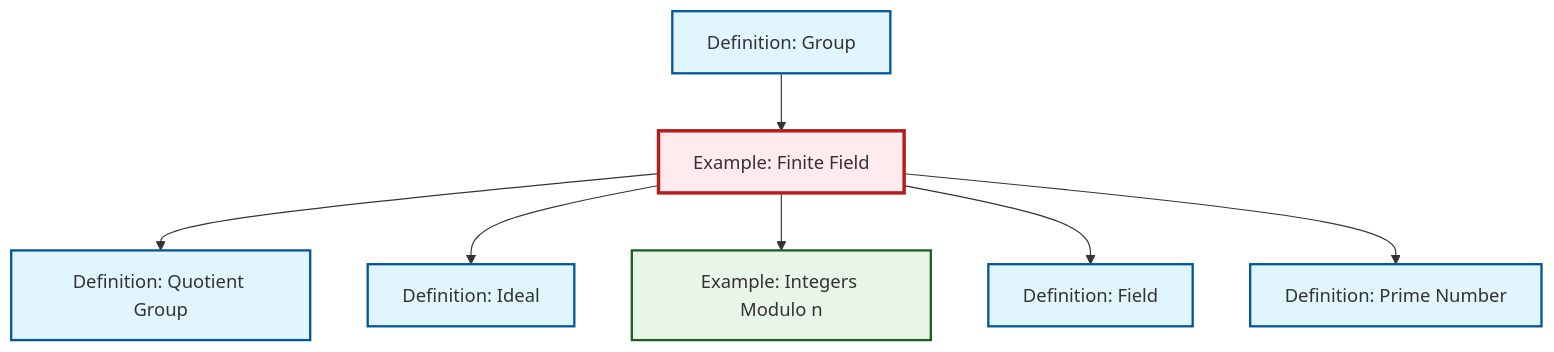
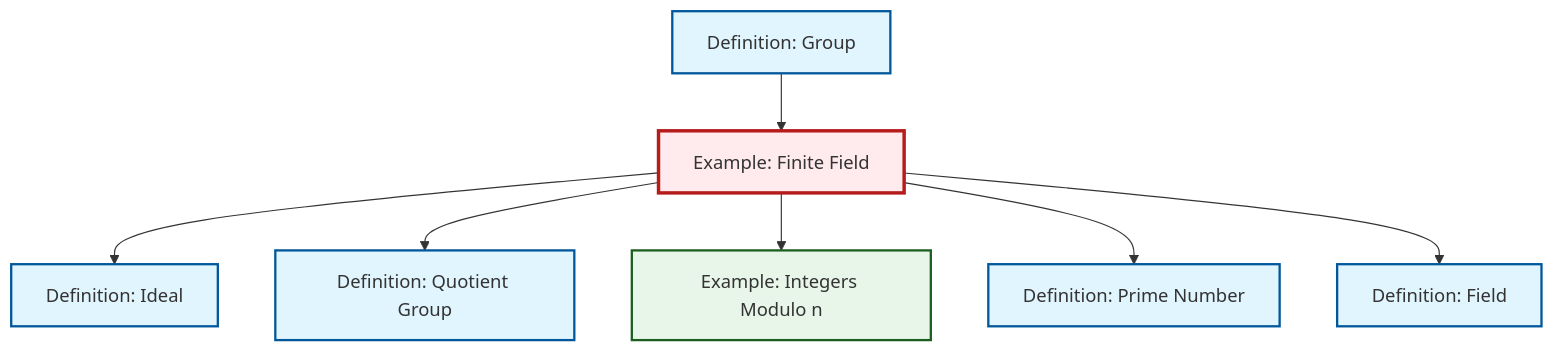
The diagram in content/ja/algebra/ex-finite-field.qmd (RK0429/ModernMath), drawn with Mermaid before and after one commit. The commit also changed other lines of this file and 474 other files, not shown here.

````diff
--- a/content/ja/algebra/ex-finite-field.qmd
+++ b/content/ja/algebra/ex-finite-field.qmd
@@ -65,29 +65,29 @@
 ```{mermaid}
 %%| fig-cap: "Local dependency graph"
 graph TD
     classDef definition fill:#e1f5fe,stroke:#01579b,stroke-width:2px
     classDef theorem fill:#f3e5f5,stroke:#4a148c,stroke-width:2px
     classDef axiom fill:#fff3e0,stroke:#e65100,stroke-width:2px
     classDef example fill:#e8f5e9,stroke:#1b5e20,stroke-width:2px
     classDef current fill:#ffebee,stroke:#b71c1c,stroke-width:3px
+    def-ideal["Definition: Ideal"]:::definition
+    def-field["Definition: Field"]:::definition
+    def-quotient-group["Definition: Quotient Group"]:::definition
+    def-prime["Definition: Prime Number"]:::definition
+    def-group["Definition: Group"]:::definition
     ex-finite-field["Example: Finite Field"]:::example
     ex-quotient-integers-mod-n["Example: Integers Modulo n"]:::example
-    def-group["Definition: Group"]:::definition
-    def-prime["Definition: Prime Number"]:::definition
-    def-field["Definition: Field"]:::definition
-    def-quotient-group["Definition: Quotient Group"]:::definition
-    def-ideal["Definition: Ideal"]:::definition
+    ex-finite-field --> def-ideal
     ex-finite-field --> def-quotient-group
-    ex-finite-field --> def-ideal
+    def-group --> ex-finite-field
     ex-finite-field --> ex-quotient-integers-mod-n
+    ex-finite-field --> def-prime
     ex-finite-field --> def-field
-    ex-finite-field --> def-prime
-    def-group --> ex-finite-field
     class ex-finite-field current
-    click ex-quotient-integers-mod-n "ex-quotient-integers-mod-n.html" "Example: Integers Modulo nへ"
-    click def-group "def-group.html" "Definition: Groupへ"
-    click def-prime "def-prime.html" "Definition: Prime Numberへ"
+    click def-ideal "def-ideal.html" "Definition: Idealへ"
     click def-field "def-field.html" "Definition: Fieldへ"
     click def-quotient-group "def-quotient-group.html" "Definition: Quotient Groupへ"
-    click def-ideal "def-ideal.html" "Definition: Idealへ"
+    click def-prime "def-prime.html" "Definition: Prime Numberへ"
+    click def-group "def-group.html" "Definition: Groupへ"
+    click ex-quotient-integers-mod-n "ex-quotient-integers-mod-n.html" "Example: Integers Modulo nへ"
 ```
````
